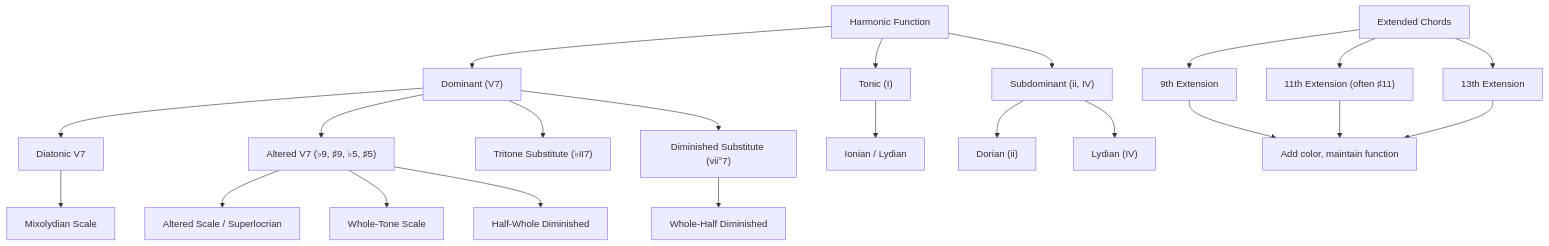
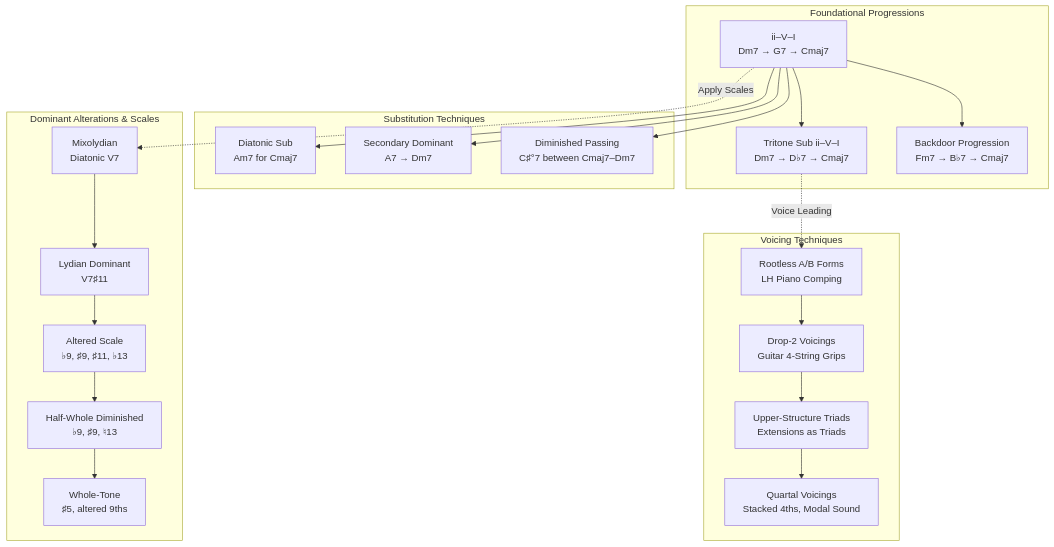
One commit to blebleblee/synapse changed the first of 2 diagrams in topics/arts/composition/jazz_harmony/lesson_04_advanced_harmonic_concepts.md. Above: the diagram before and after it, drawn with Mermaid. The commit also changed other lines of this file and 4 other files, not shown here.

````diff
--- a/topics/arts/composition/jazz_harmony/lesson_04_advanced_harmonic_concepts.md
+++ b/topics/arts/composition/jazz_harmony/lesson_04_advanced_harmonic_concepts.md
@@ -69,30 +337,47 @@
 ```mermaid
-graph TD
-    A["Harmonic Function"] --> B["Tonic (I)"]
-    A --> C["Subdominant (ii, IV)"]
-    A --> D["Dominant (V7)"]
+graph TB
+    subgraph sub_foundation ["Foundational Progressions"]
+        A["ii–V–I<br/>Dm7 → G7 → Cmaj7"]
+        B["Tritone Sub ii–V–I<br/>Dm7 → D♭7 → Cmaj7"]
+        C["Backdoor Progression<br/>Fm7 → B♭7 → Cmaj7"]
+    end
     
-    D --> E["Diatonic V7"]
-    D --> F["Altered V7 (♭9, ♯9, ♭5, ♯5)"]
-    D --> G["Tritone Substitute (♭II7)"]
-    D --> H["Diminished Substitute (vii°7)"]
+    subgraph sub_substitution ["Substitution Techniques"]
+        D["Diatonic Sub<br/>Am7 for Cmaj7"]
+        E["Secondary Dominant<br/>A7 → Dm7"]
+        F["Diminished Passing<br/>C♯°7 between Cmaj7–Dm7"]
+    end
     
-    E --> I["Mixolydian Scale"]
-    F --> J["Altered Scale / Superlocrian"]
-    F --> K["Whole-Tone Scale"]
-    F --> L["Half-Whole Diminished"]
+    subgraph sub_dominant ["Dominant Alterations & Scales"]
+        G["Mixolydian<br/>Diatonic V7"]
+        H["Lydian Dominant<br/>V7♯11"]
+        I["Altered Scale<br/>♭9, ♯9, ♯11, ♭13"]
+        J["Half-Whole Diminished<br/>♭9, ♯9, ♮13"]
+        K["Whole-Tone<br/>♯5, altered 9ths"]
+    end
     
-    H --> M["Whole-Half Diminished"]
+    subgraph sub_voicing ["Voicing Techniques"]
+        L["Rootless A/B Forms<br/>LH Piano Comping"]
+        M["Drop-2 Voicings<br/>Guitar 4-String Grips"]
+        N["Upper-Structure Triads<br/>Extensions as Triads"]
+        O["Quartal Voicings<br/>Stacked 4ths, Modal Sound"]
+    end
     
-    B --> N["Ionian / Lydian"]
-    C --> O["Dorian (ii)"]
-    C --> P["Lydian (IV)"]
+    A --> B
+    A --> C
+    A --> D
+    A --> E
+    A --> F
     
-    Q["Extended Chords"] --> R["9th Extension"]
-    Q --> S["11th Extension (often ♯11)"]
-    Q --> T["13th Extension"]
+    G --> H
+    H --> I
+    I --> J
+    J --> K
     
-    R --> U["Add color, maintain function"]
-    S --> U
-    T --> U
+    L --> M
+    M --> N
+    N --> O
+    
+    A -.->|Apply Scales| G
+    B -.->|Voice Leading| L
 ```
````
